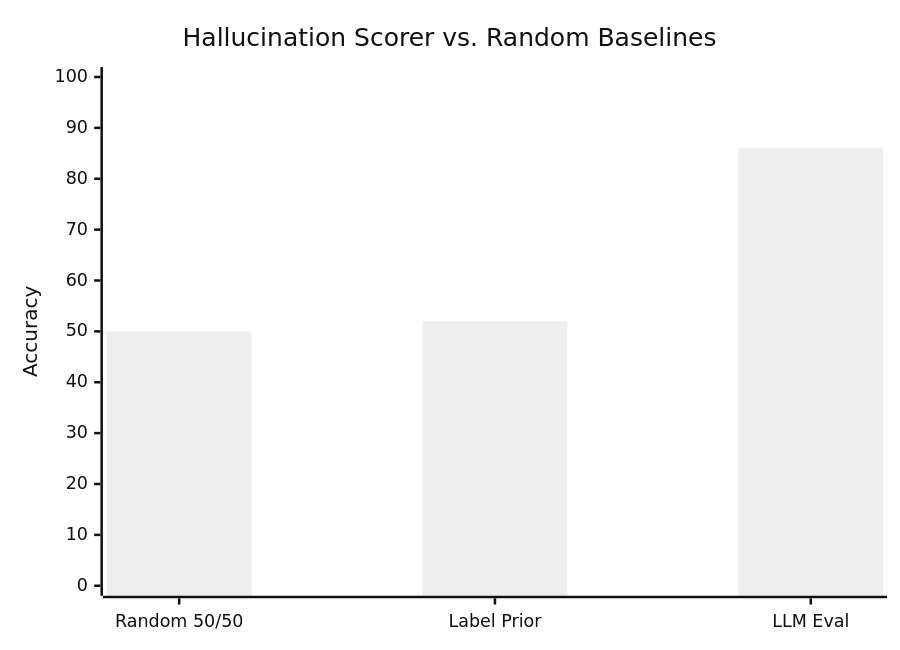
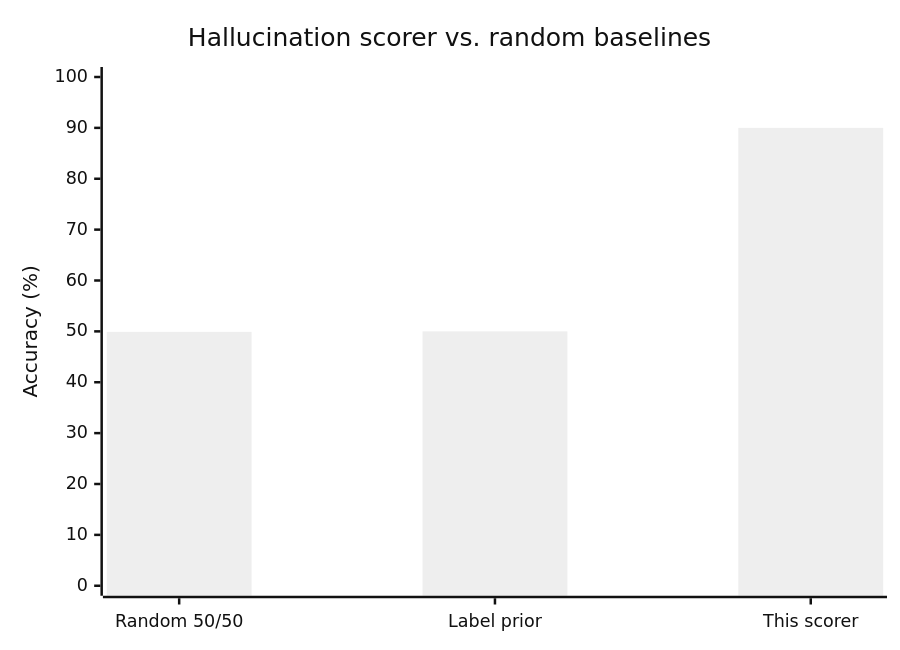
Before and after one commit to AyushkhatiDev/llm-eval: the diagram in FINDINGS.md, drawn with Mermaid (neutral theme). The commit also changed other lines of this file and 4 other files, not shown here.

````diff
--- a/FINDINGS.md
+++ b/FINDINGS.md
@@ -75,7 +70,7 @@
 ```mermaid
 xychart-beta
-  title "Hallucination Scorer vs. Random Baselines"
-  x-axis ["Random 50/50", "Label Prior", "LLM Eval"]
-  y-axis "Accuracy" 0 --> 100
-  bar [50, 52, 86]
+  title "Hallucination scorer vs. random baselines"
+  x-axis ["Random 50/50", "Label prior", "This scorer"]
+  y-axis "Accuracy (%)" 0 --> 100
+  bar [49.9, 50.0, 90.0]
 ```
````
